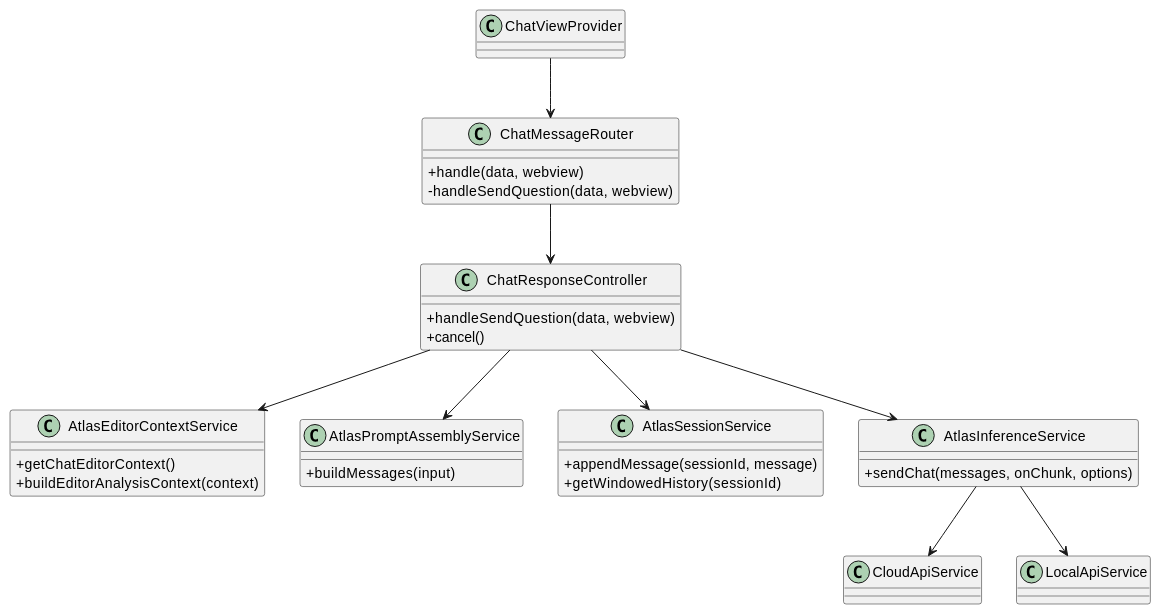
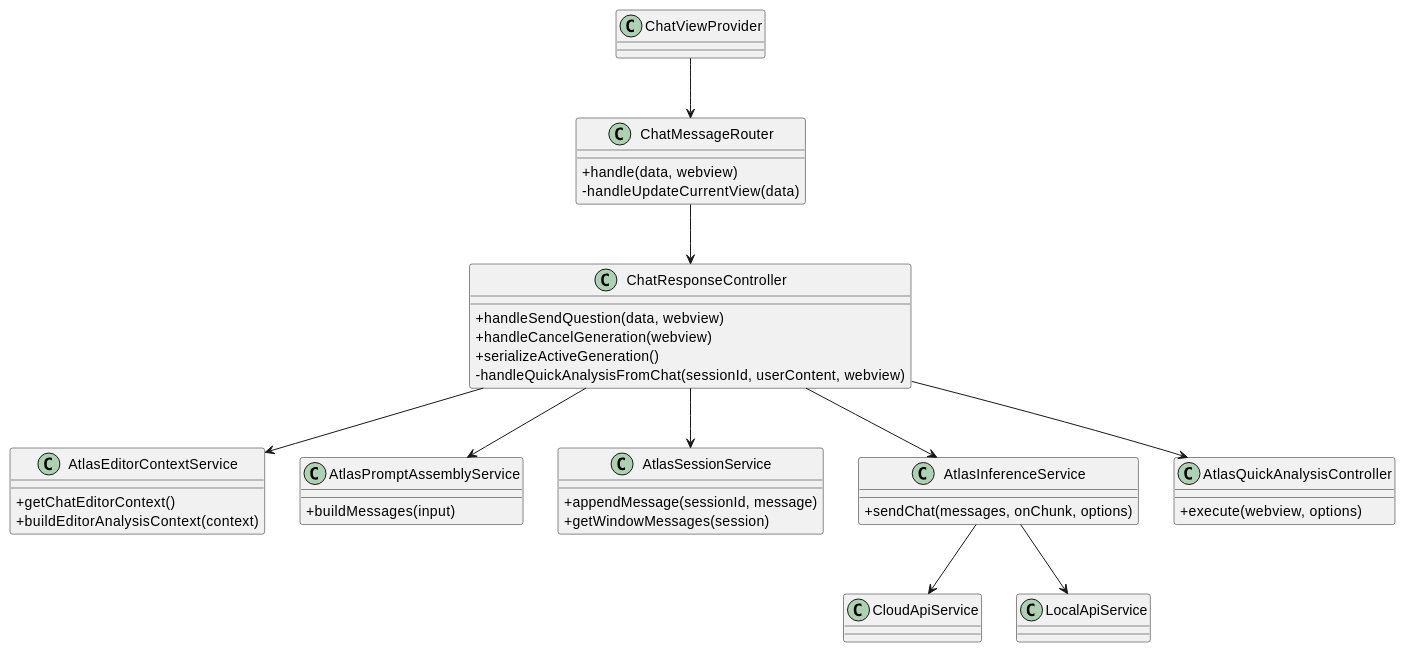
Before and after one commit to JVictorVI/ATLAS: the first of 38 diagrams in docs/plantuml-diagramas-por-caso-de-uso-atlas.md, drawn with PlantUML. The commit also changed other lines of this file and 2 other files, not shown here.

````diff
--- a/docs/plantuml-diagramas-por-caso-de-uso-atlas.md
+++ b/docs/plantuml-diagramas-por-caso-de-uso-atlas.md
@@ -12,41 +12,47 @@
 ```plantuml
 @startuml
 skinparam shadowing false
 skinparam classAttributeIconSize 0
 
 class ChatViewProvider
 class ChatMessageRouter {
   +handle(data, webview)
-  -handleSendQuestion(data, webview)
+  -handleUpdateCurrentView(data)
 }
 class ChatResponseController {
   +handleSendQuestion(data, webview)
-  +cancel()
+  +handleCancelGeneration(webview)
+  +serializeActiveGeneration()
+  -handleQuickAnalysisFromChat(sessionId, userContent, webview)
 }
 class AtlasEditorContextService {
   +getChatEditorContext()
   +buildEditorAnalysisContext(context)
 }
 class AtlasPromptAssemblyService {
   +buildMessages(input)
 }
 class AtlasSessionService {
   +appendMessage(sessionId, message)
-  +getWindowedHistory(sessionId)
+  +getWindowMessages(session)
 }
 class AtlasInferenceService {
   +sendChat(messages, onChunk, options)
+}
+class AtlasQuickAnalysisController {
+  +execute(webview, options)
 }
 class CloudApiService
 class LocalApiService
 
 ChatViewProvider --> ChatMessageRouter
 ChatMessageRouter --> ChatResponseController
 ChatResponseController --> AtlasEditorContextService
 ChatResponseController --> AtlasPromptAssemblyService
 ChatResponseController --> AtlasSessionService
 ChatResponseController --> AtlasInferenceService
+ChatResponseController --> AtlasQuickAnalysisController
 AtlasInferenceService --> CloudApiService
 AtlasInferenceService --> LocalApiService
 @enduml
 ```
````
